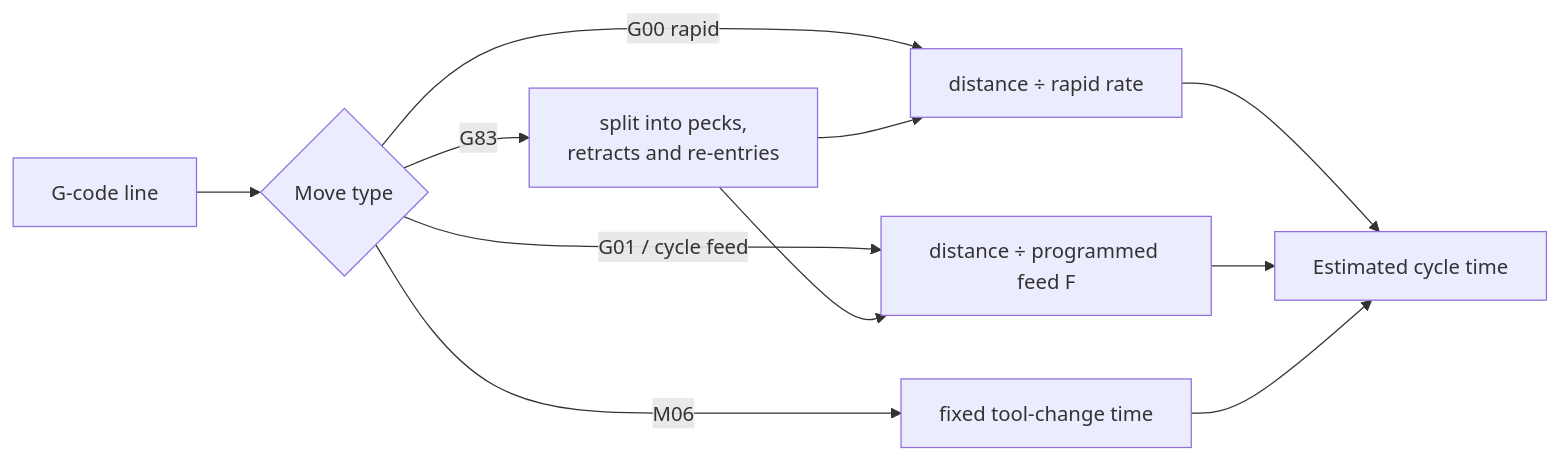
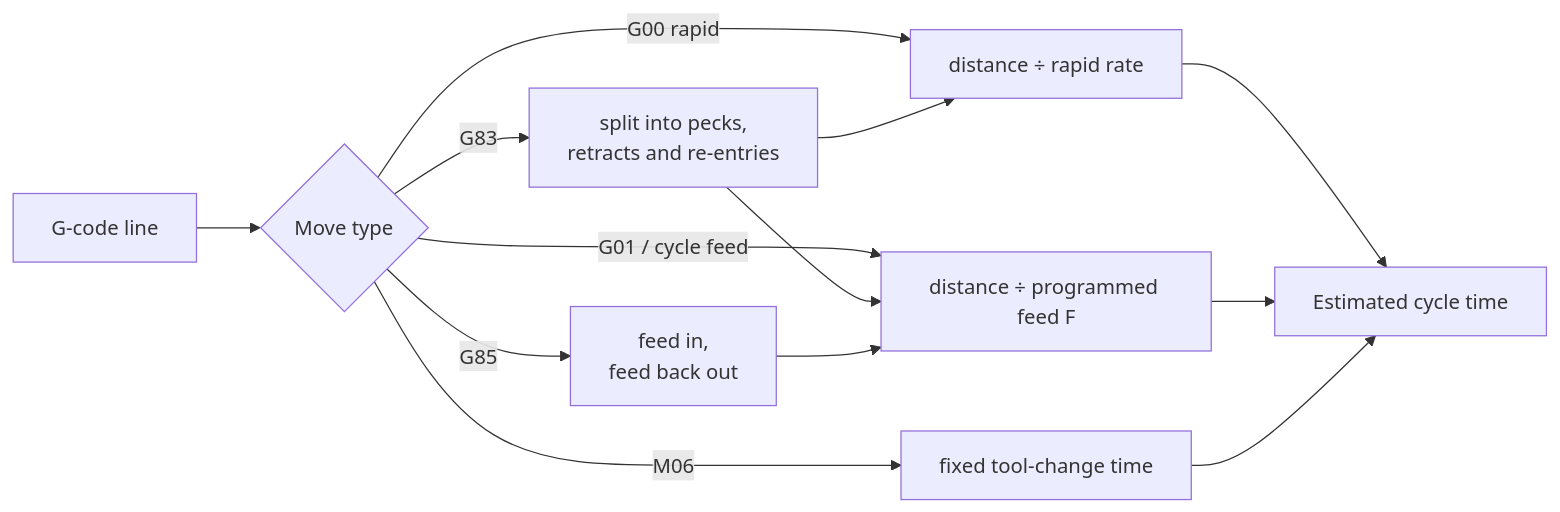
The third of 5 diagrams in docs/HOW-IT-WORKS.md (rrhodeswebdev/hole-cam), drawn with Mermaid before and after one commit. The commit also changed other lines of this file and 16 other files, not shown here.

````diff
--- a/docs/HOW-IT-WORKS.md
+++ b/docs/HOW-IT-WORKS.md
@@ -182,9 +205,10 @@
 ```mermaid
 flowchart LR
     line["G-code line"] --> kind{Move type}
     kind -->|"G00 rapid"| rapid["distance ÷ rapid rate"]
     kind -->|"G01 / cycle feed"| feed["distance ÷ programmed feed F"]
     kind -->|"M06"| tc["fixed tool-change time"]
     kind -->|"G83"| pecks["split into pecks,<br/>retracts and re-entries"] --> rapid & feed
+    kind -->|"G85"| out["feed in,<br/>feed back out"] --> feed
     rapid & feed & tc --> sum["Estimated cycle time"]
 ```
````
